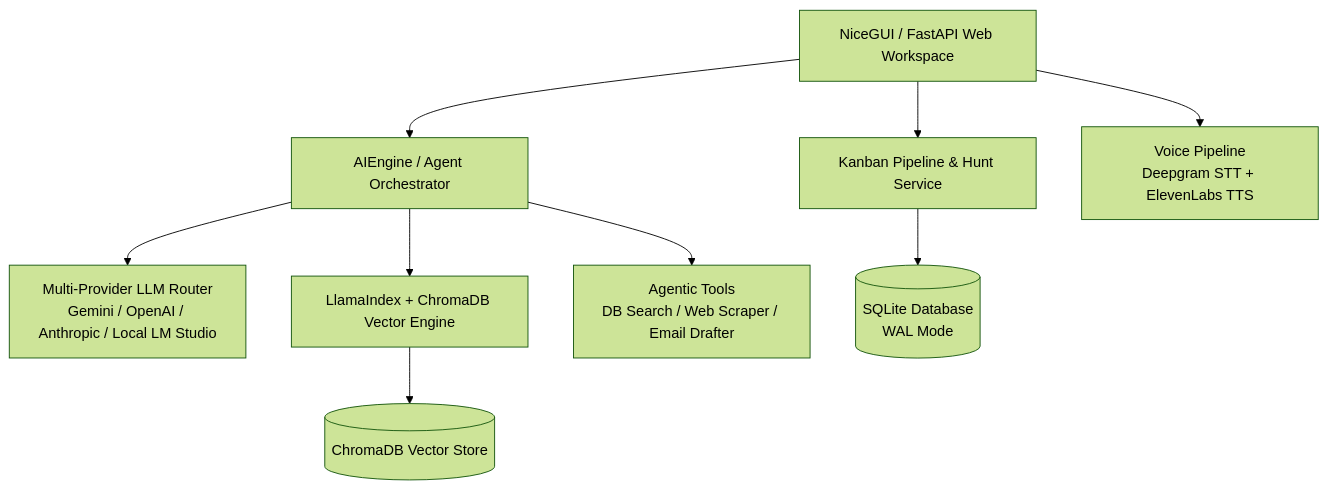
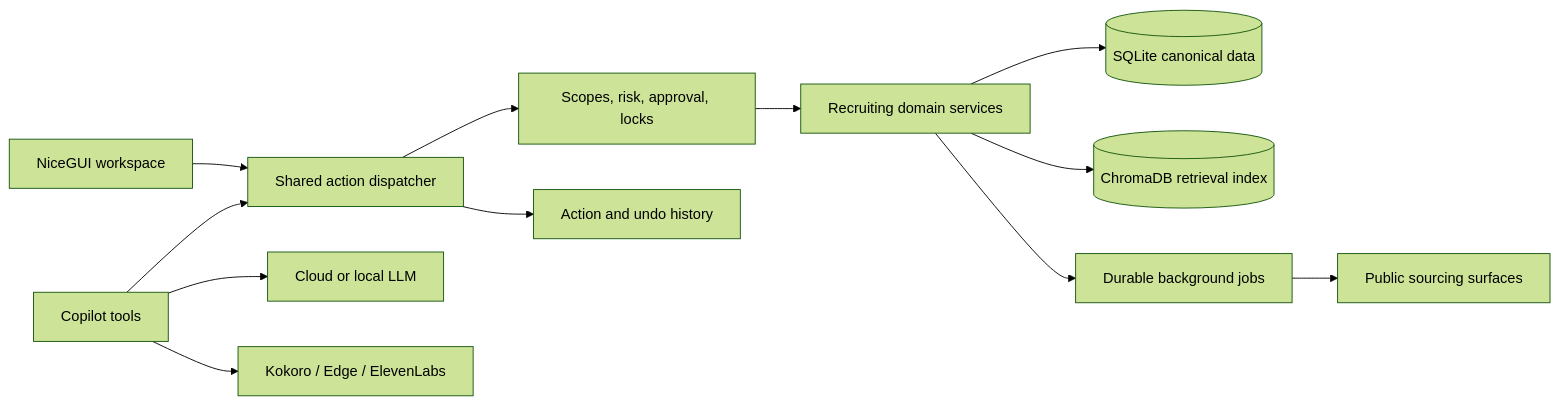
The diagram in README.md (Saurabh682/TalentHuntOS), drawn with Mermaid (forest theme) before and after one commit. The commit also changed other lines of this file and 104 other files, not shown here.

Commit message:
feat: complete copilot-first local platform improvements

````diff
--- a/README.md
+++ b/README.md
@@ -54,14 +73,14 @@
 ```mermaid
-graph TD
-    UI["NiceGUI / FastAPI Web Workspace"] --> CoreEngine["AIEngine / Agent Orchestrator"]
-    UI --> Kanban["Kanban Pipeline & Hunt Service"]
-    
-    CoreEngine --> LLM["Multi-Provider LLM Router<br/>Gemini / OpenAI / Anthropic / Local LM Studio"]
-    CoreEngine --> RAG["LlamaIndex + ChromaDB Vector Engine"]
-    CoreEngine --> Tools["Agentic Tools<br/>DB Search / Web Scraper / Email Drafter"]
-    
-    Kanban --> DB[("SQLite Database<br/>WAL Mode")]
-    RAG --> VectorStore[("ChromaDB Vector Store")]
-    
-    UI --> VoiceBridge["Voice Pipeline<br/>Deepgram STT + ElevenLabs TTS"]
+flowchart LR
+    UI["NiceGUI workspace"] --> API["Shared action dispatcher"]
+    CP["Copilot tools"] --> API
+    API --> POLICY["Scopes, risk, approval, locks"]
+    POLICY --> SERVICES["Recruiting domain services"]
+    SERVICES --> DB[("SQLite canonical data")]
+    SERVICES --> VECTOR[("ChromaDB retrieval index")]
+    SERVICES --> JOBS["Durable background jobs"]
+    JOBS --> SOURCES["Public sourcing surfaces"]
+    API --> HISTORY["Action and undo history"]
+    CP --> LLM["Cloud or local LLM"]
+    CP --> VOICE["Kokoro / Edge / ElevenLabs"]
 ```
````
